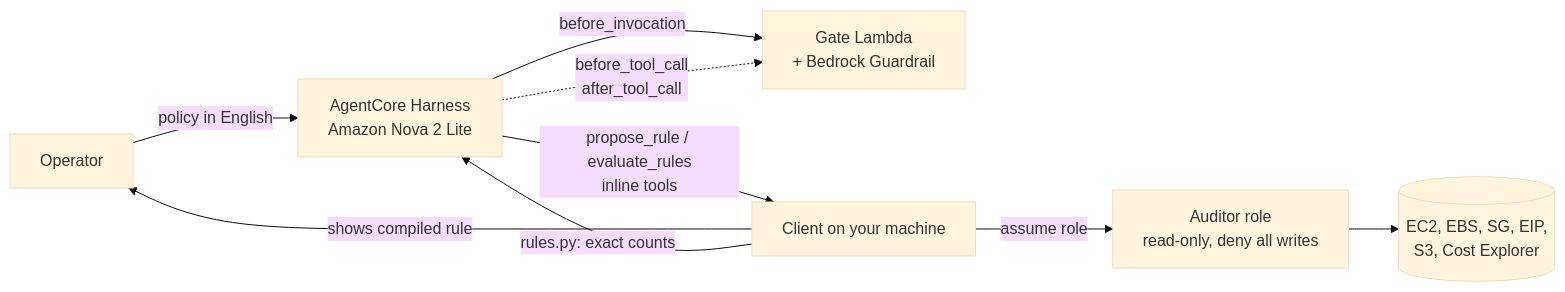
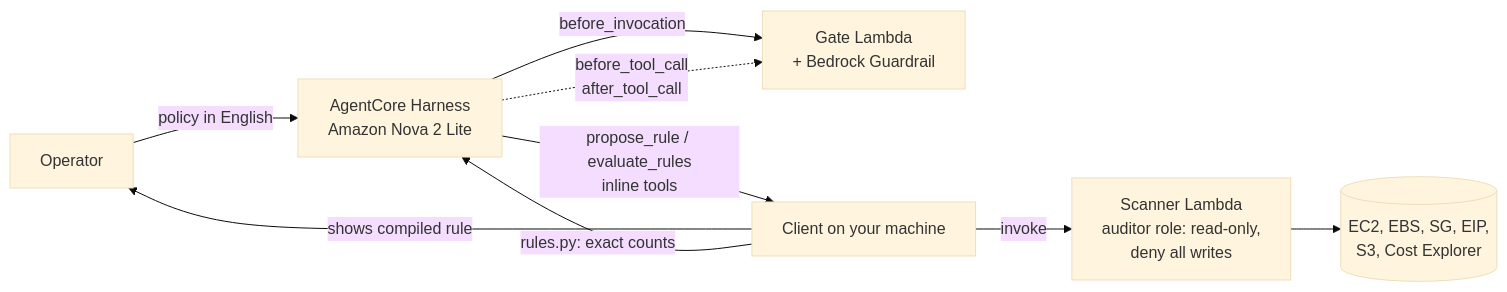
Before and after one commit to xbill9/policy-warden: the diagram in README.md, drawn with Mermaid (base theme). The commit also changed other lines of this file and 12 other files, not shown here.

````diff
--- a/README.md
+++ b/README.md
@@ -17,11 +17,11 @@
 ```mermaid
 flowchart LR
     U[Operator] -->|policy in English| H[AgentCore Harness<br/>Amazon Nova 2 Lite]
     H -->|before_invocation| G[Gate Lambda<br/>+ Bedrock Guardrail]
     H -->|propose_rule / evaluate_rules<br/>inline tools| C[Client on your machine]
     H -.->|before_tool_call<br/>after_tool_call| G
     C -->|shows compiled rule| U
-    C -->|assume role| A[Auditor role<br/>read-only, deny all writes]
-    A --> AWS[(EC2, EBS, SG, EIP,<br/>S3, Cost Explorer)]
+    C -->|invoke| S[Scanner Lambda<br/>auditor role: read-only,<br/>deny all writes]
+    S --> AWS[(EC2, EBS, SG, EIP,<br/>S3, Cost Explorer)]
     C -->|rules.py: exact counts| H
 ```
````
